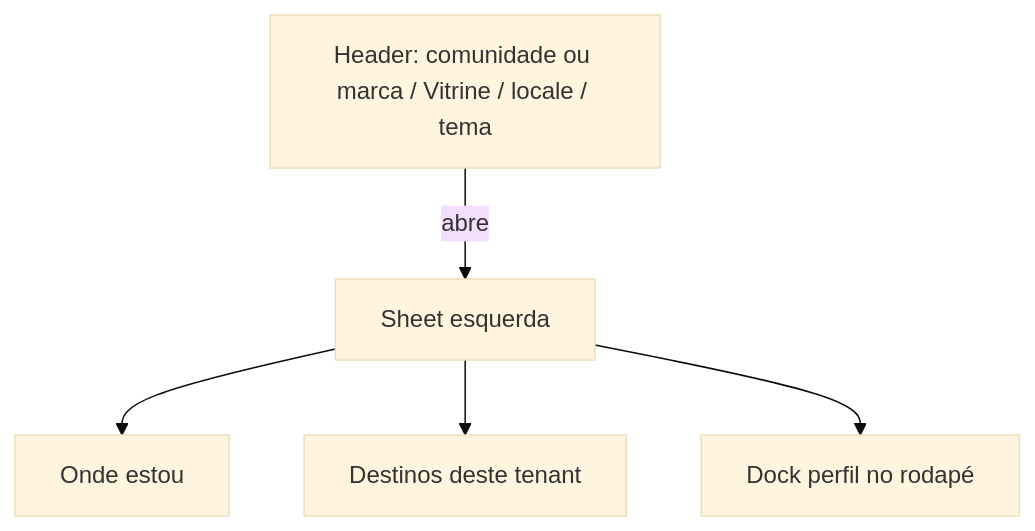
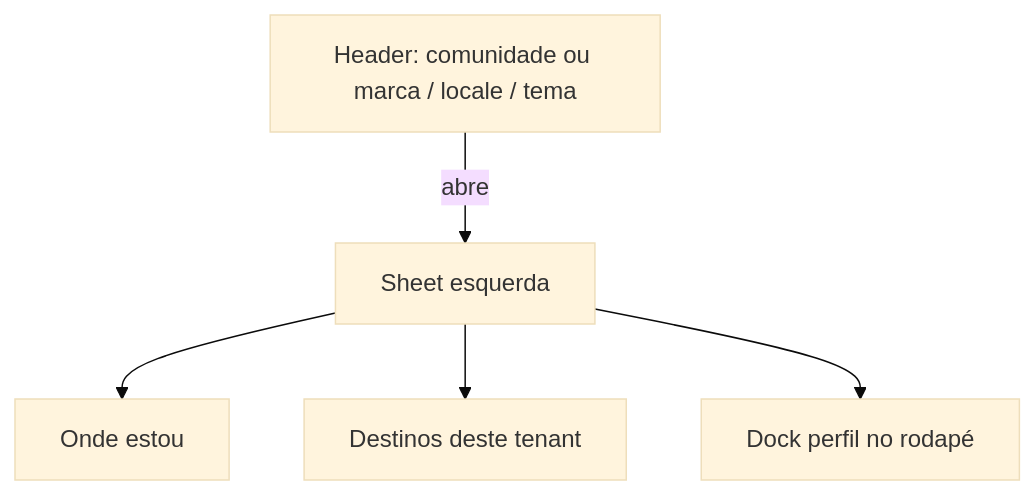
Before and after one commit to colabcolibri/comuna: the second of 2 diagrams in docs/09_design_system.md, drawn with Mermaid (base theme). The commit also changed other lines of this file and 31 other files, not shown here.

````diff
--- a/docs/09_design_system.md
+++ b/docs/09_design_system.md
@@ -144,8 +144,8 @@
 ```mermaid
 flowchart TB
-    H[Header: comunidade ou marca / Vitrine / locale / tema]
+    H[Header: comunidade ou marca / locale / tema]
     H -->|abre| SH[Sheet esquerda]
     SH --> SW[Onde estou]
     SH --> N[Destinos deste tenant]
     SH --> PF[Dock perfil no rodapé]
 ```
````
